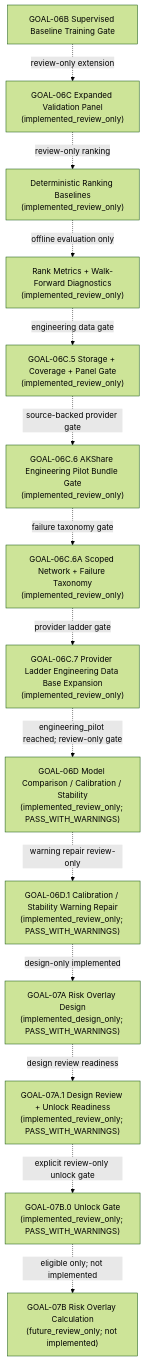
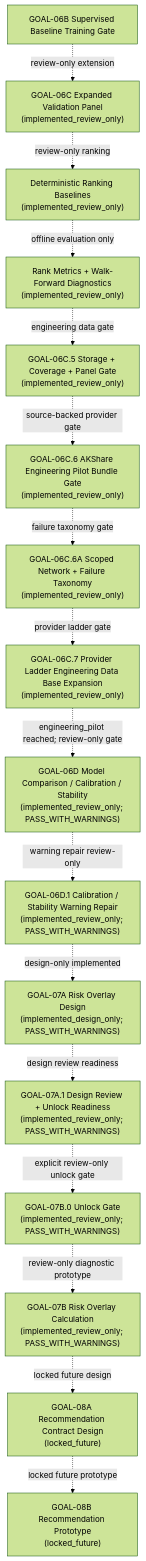
The second of 2 diagrams in README.md (RyanLu0203/A_share_premarket_core), drawn with Mermaid (forest theme) before and after one commit. The commit also changed other lines of this file and 83 other files, not shown here.

Commit message:
Implement GOAL-07B review-only risk diagnostics

````diff
--- a/README.md
+++ b/README.md
@@ -101,16 +104,18 @@
 ```mermaid
 flowchart TD
     A["GOAL-06B Supervised Baseline Training Gate"] -. "review-only extension" .-> B["GOAL-06C Expanded Validation Panel<br/>(implemented_review_only)"]
     B -. "review-only ranking" .-> C["Deterministic Ranking Baselines<br/>(implemented_review_only)"]
     C -. "offline evaluation only" .-> D["Rank Metrics + Walk-Forward Diagnostics<br/>(implemented_review_only)"]
     D -. "engineering data gate" .-> E["GOAL-06C.5 Storage + Coverage + Panel Gate<br/>(implemented_review_only)"]
     E -. "source-backed provider gate" .-> G["GOAL-06C.6 AKShare Engineering Pilot Bundle Gate<br/>(implemented_review_only)"]
     G -. "failure taxonomy gate" .-> H["GOAL-06C.6A Scoped Network + Failure Taxonomy<br/>(implemented_review_only)"]
     H -. "provider ladder gate" .-> I["GOAL-06C.7 Provider Ladder Engineering Data Base Expansion<br/>(implemented_review_only)"]
     I -. "engineering_pilot reached; review-only gate" .-> F["GOAL-06D Model Comparison / Calibration / Stability<br/>(implemented_review_only; PASS_WITH_WARNINGS)"]
     F -. "warning repair review-only" .-> I2["GOAL-06D.1 Calibration / Stability Warning Repair<br/>(implemented_review_only; PASS_WITH_WARNINGS)"]
     I2 -. "design-only implemented" .-> J["GOAL-07A Risk Overlay Design<br/>(implemented_design_only; PASS_WITH_WARNINGS)"]
     J -. "design review readiness" .-> J2["GOAL-07A.1 Design Review + Unlock Readiness<br/>(implemented_review_only; PASS_WITH_WARNINGS)"]
     J2 -. "explicit review-only unlock gate" .-> J3["GOAL-07B.0 Unlock Gate<br/>(implemented_review_only; PASS_WITH_WARNINGS)"]
-    J3 -. "eligible only; not implemented" .-> K["GOAL-07B Risk Overlay Calculation<br/>(future_review_only; not implemented)"]
+    J3 -. "review-only diagnostic prototype" .-> K["GOAL-07B Risk Overlay Calculation<br/>(implemented_review_only; PASS_WITH_WARNINGS)"]
+    K -. "locked future design" .-> O["GOAL-08A Recommendation Contract Design<br/>(locked_future)"]
+    O -. "locked future prototype" .-> P["GOAL-08B Recommendation Prototype<br/>(locked_future)"]
 ```
````
